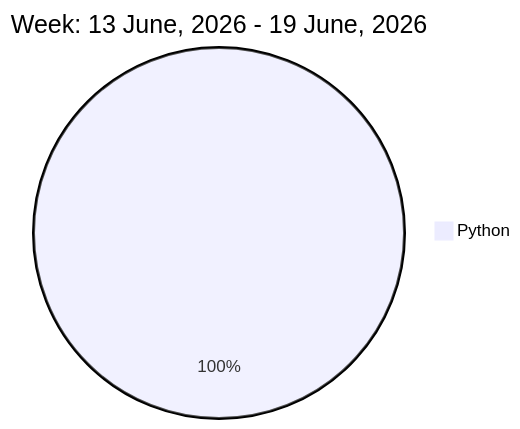
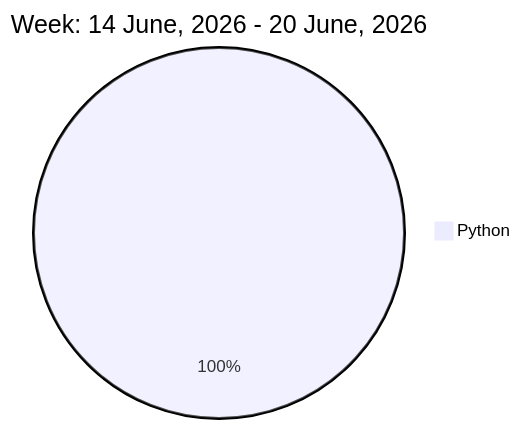
Before and after one commit to liubin95/liubin95: the diagram in README.md, drawn with Mermaid.

Commit message:
Updated the Graph with new Metrics

````diff
--- a/README.md
+++ b/README.md
@@ -32,5 +32,5 @@
 ```mermaid
  pie
-title Week: 13 June, 2026 - 19 June, 2026
+title Week: 14 June, 2026 - 20 June, 2026
  "Python" : 11.17
 ```
````
